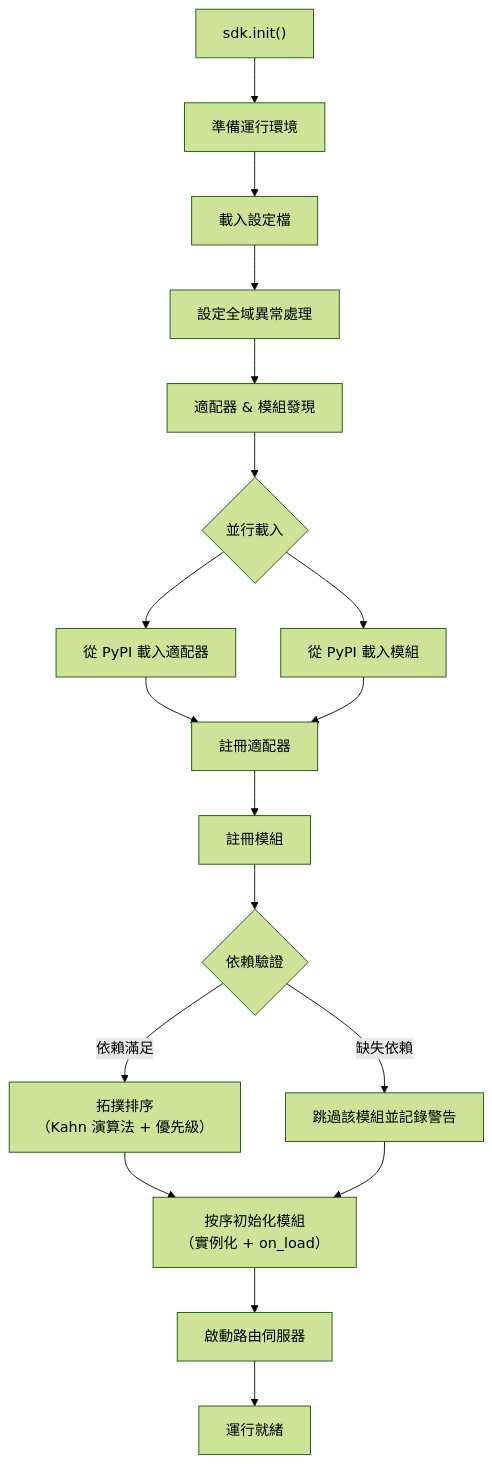
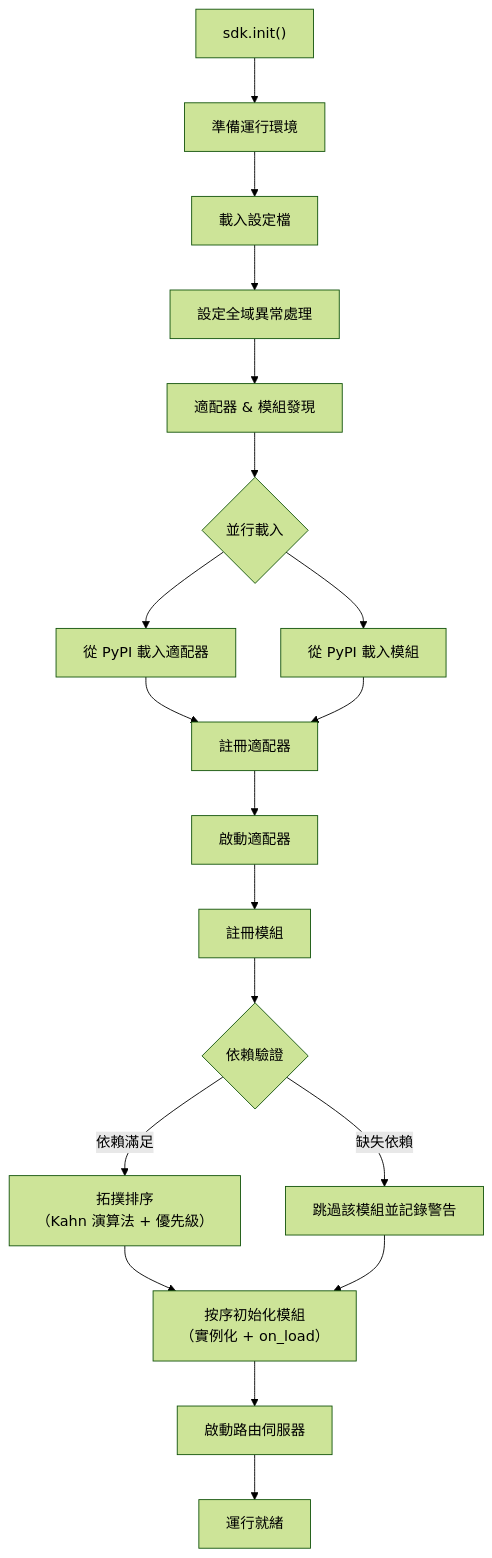
One commit to ErisPulse/ErisPulse changed the second of 5 diagrams in docs/zh-TW/ai-support/prompts/ErisPulse-AdapterDev.md. Above: the diagram before and after it, drawn with Mermaid (forest theme). The commit also changed other lines of this file and 112 other files, not shown here.

````diff
--- a/docs/zh-TW/ai-support/prompts/ErisPulse-AdapterDev.md
+++ b/docs/zh-TW/ai-support/prompts/ErisPulse-AdapterDev.md
@@ -103,19 +107,20 @@
 ```mermaid
 flowchart TD
     A["sdk.init()"] --> B["準備運行環境"]
     B --> B1["載入設定檔"]
     B1 --> B2["設定全域異常處理"]
     B2 --> C["適配器 & 模組發現"]
     C --> D{"並行載入"}
     D --> D1["從 PyPI 載入適配器"]
     D --> D2["從 PyPI 載入模組"]
     D1 & D2 --> E["註冊適配器"]
-    E --> F["註冊模組"]
+    E --> E1["啟動適配器"]
+    E1 --> F["註冊模組"]
     F --> F1{"依賴驗證"}
     F1 -->|"缺失依賴"| F2["跳過該模組並記錄警告"]
     F1 -->|"依賴滿足"| F3["拓撲排序<br/>（Kahn 演算法 + 優先級）"]
     F3 --> G["按序初始化模組<br/>（實例化 + on_load）"]
     F2 --> G
     G --> H["啟動路由伺服器"]
     H --> K["運行就緒"]
 ```
````
